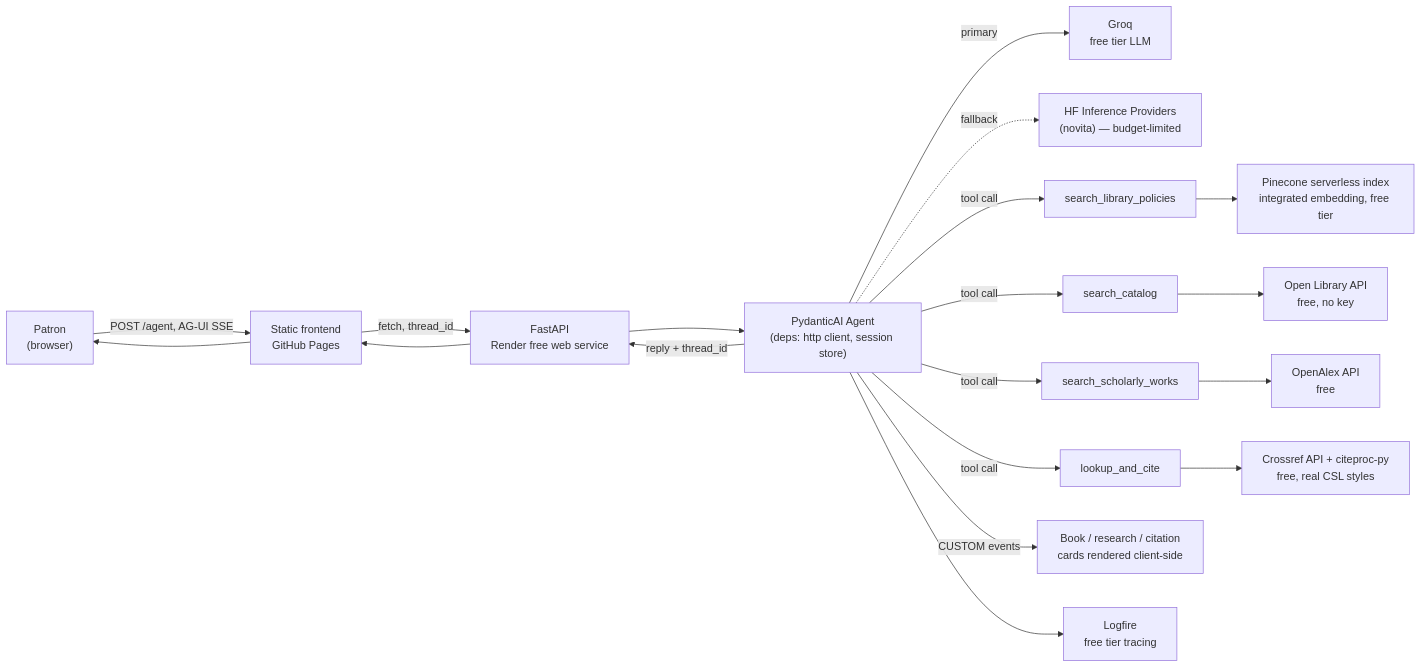
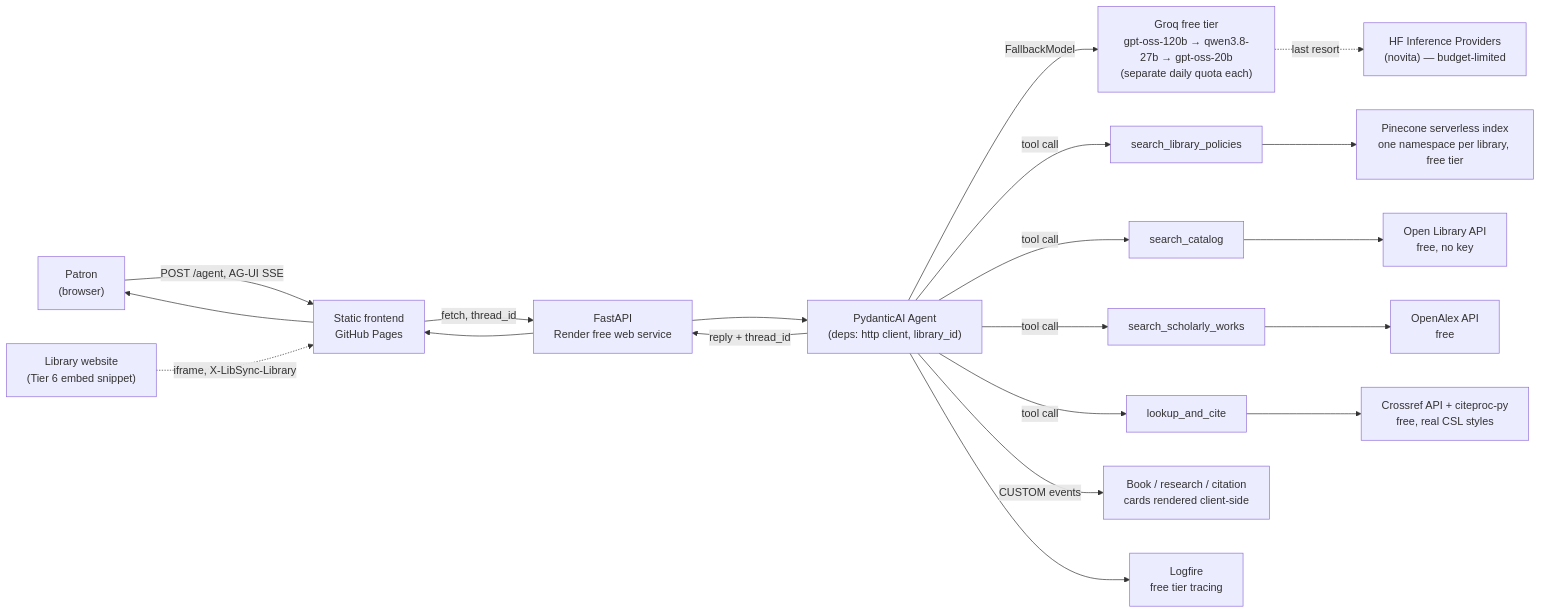
The first of 2 diagrams in README.md (JohnnieMaeB/LibSync), drawn with Mermaid before and after one commit. The commit also changed other lines of this file and 8 other files, not shown here.

````diff
--- a/README.md
+++ b/README.md
@@ -112,19 +119,20 @@
 ```mermaid
 flowchart LR
     U["Patron<br/>(browser)"] -->|POST /agent, AG-UI SSE| FE["Static frontend<br/>GitHub Pages"]
+    LIBSITE["Library website<br/>(Tier 6 embed snippet)"] -.iframe, X-LibSync-Library.-> FE
     FE -->|fetch, thread_id| API["FastAPI<br/>Render free web service"]
-    API --> AGT["PydanticAI Agent<br/>(deps: http client, session store)"]
-    AGT -->|primary| GROQ["Groq<br/>free tier LLM"]
-    AGT -.fallback.-> HF["HF Inference Providers<br/>(novita) — budget-limited"]
+    API --> AGT["PydanticAI Agent<br/>(deps: http client, library_id)"]
+    AGT -->|FallbackModel| GROQ["Groq free tier<br/>gpt-oss-120b → qwen3.8-27b → gpt-oss-20b<br/>(separate daily quota each)"]
+    GROQ -.last resort.-> HF["HF Inference Providers<br/>(novita) — budget-limited"]
     AGT -->|tool call| POL["search_library_policies"]
     AGT -->|tool call| CAT["search_catalog"]
     AGT -->|tool call| RES["search_scholarly_works"]
     AGT -->|tool call| CITE["lookup_and_cite"]
-    POL --> PC["Pinecone serverless index<br/>integrated embedding, free tier"]
+    POL --> PC["Pinecone serverless index<br/>one namespace per library, free tier"]
     CAT --> OL["Open Library API<br/>free, no key"]
     RES --> OA["OpenAlex API<br/>free"]
     CITE --> CR["Crossref API + citeproc-py<br/>free, real CSL styles"]
     AGT -->|CUSTOM events| CARD["Book / research / citation<br/>cards rendered client-side"]
     AGT --> LOG["Logfire<br/>free tier tracing"]
     AGT -->|reply + thread_id| API --> FE --> U
 ```
````
